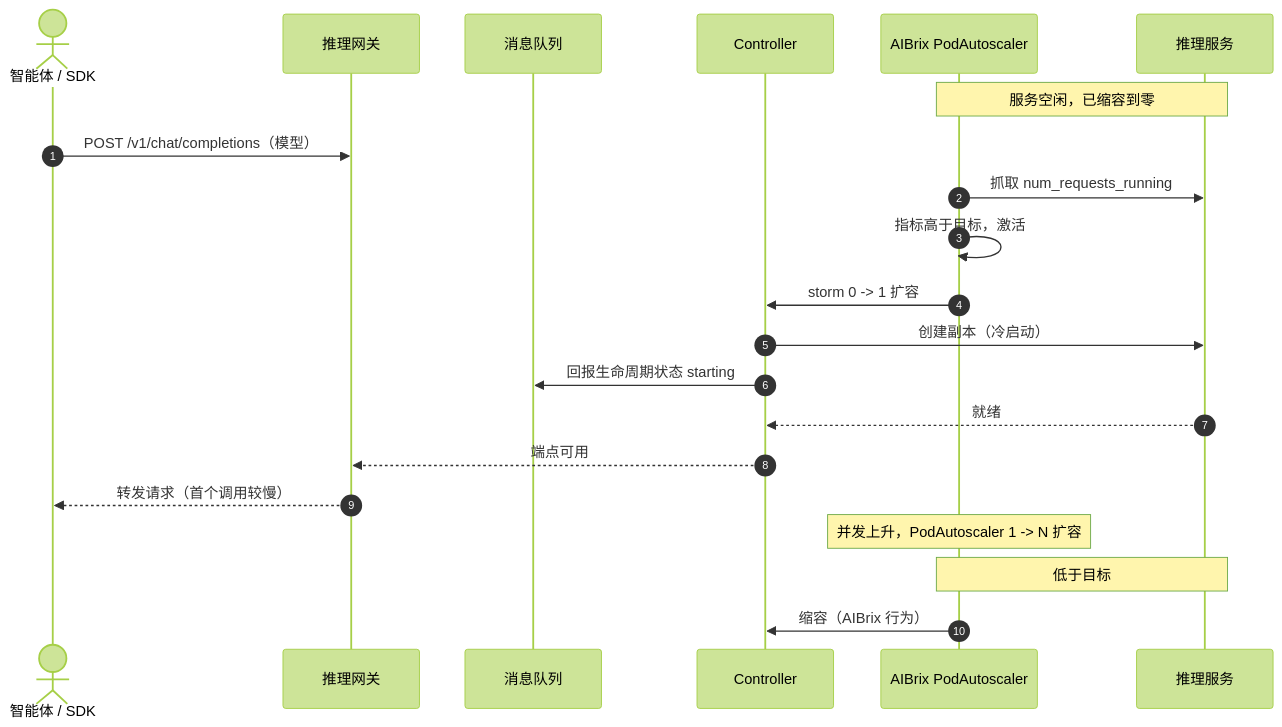
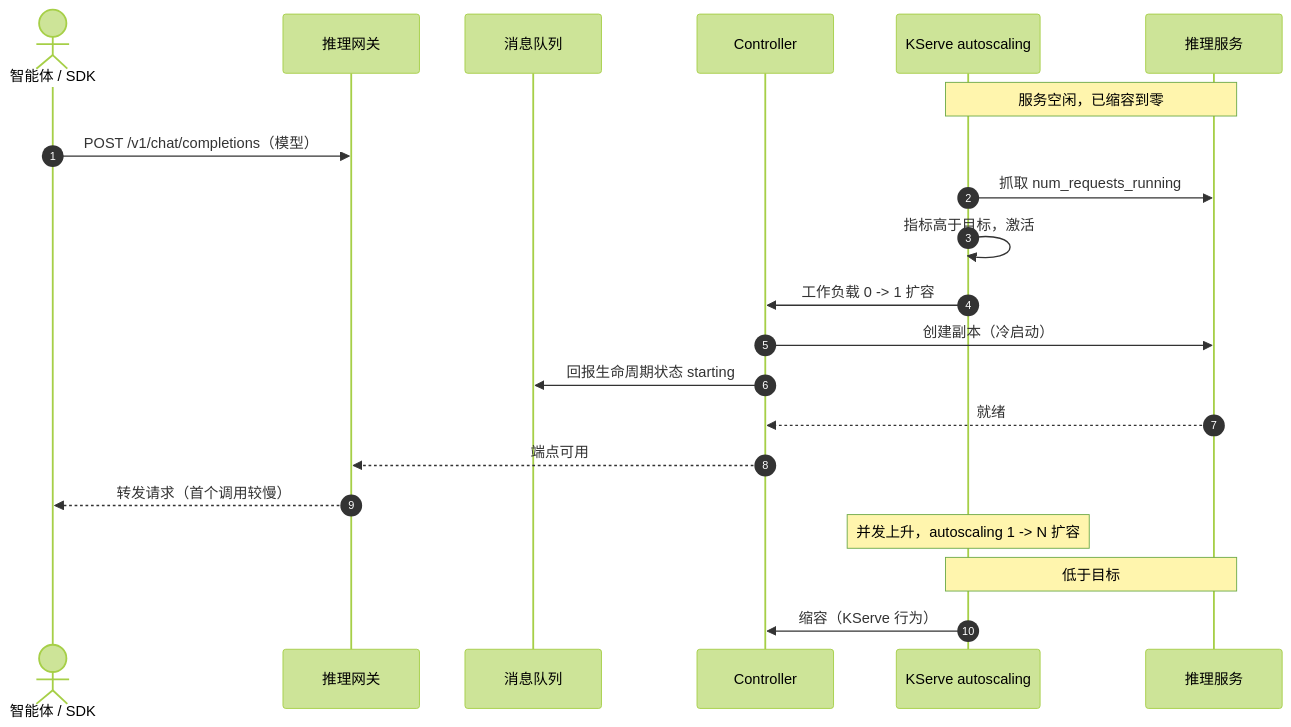
Before and after one commit to go-taas/go-taas: the fourth of 5 diagrams in site/docs/architecture/inference-autoscaling.zh-cn.md, drawn with Mermaid (forest theme). The commit also changed other lines of this file and 151 other files, not shown here.

````diff
--- a/site/docs/architecture/inference-autoscaling.zh-cn.md
+++ b/site/docs/architecture/inference-autoscaling.zh-cn.md
@@ -538,24 +533,24 @@
 ```mermaid
 sequenceDiagram
     autonumber
     actor Agent as 智能体 / SDK
     participant DGW as 推理网关
     participant MQ as 消息队列
     participant CTRL as Controller
-    participant PA as AIBrix PodAutoscaler
+    participant PA as KServe autoscaling
     participant SVC as 推理服务
 
     Note over PA,SVC: 服务空闲，已缩容到零
     Agent->>DGW: POST /v1/chat/completions（模型）
     PA->>SVC: 抓取 num_requests_running
     PA->>PA: 指标高于目标，激活
-    PA->>CTRL: storm 0 -> 1 扩容
+    PA->>CTRL: 工作负载 0 -> 1 扩容
     CTRL->>SVC: 创建副本（冷启动）
     CTRL->>MQ: 回报生命周期状态 starting
     SVC-->>CTRL: 就绪
     CTRL-->>DGW: 端点可用
     DGW-->>Agent: 转发请求（首个调用较慢）
-    Note over PA: 并发上升，PodAutoscaler 1 -> N 扩容
+    Note over PA: 并发上升，autoscaling 1 -> N 扩容
     Note over PA,SVC: 低于目标
-    PA->>CTRL: 缩容（AIBrix 行为）
+    PA->>CTRL: 缩容（KServe 行为）
 ```
````
